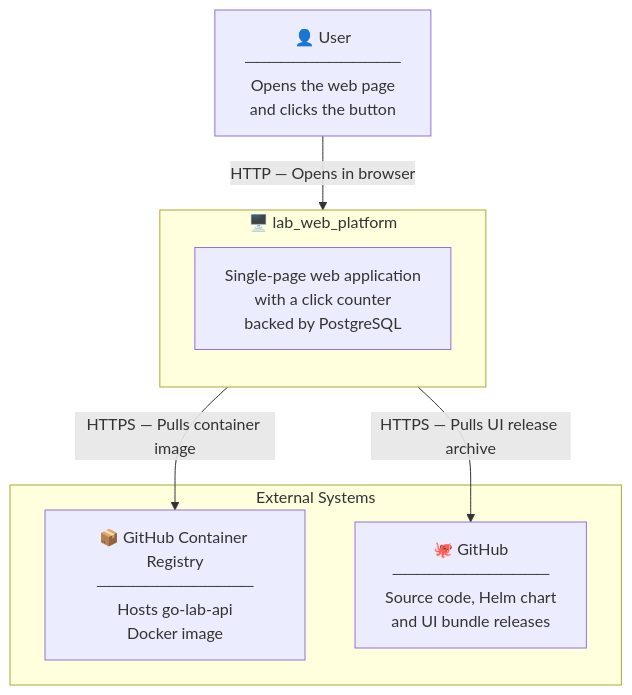
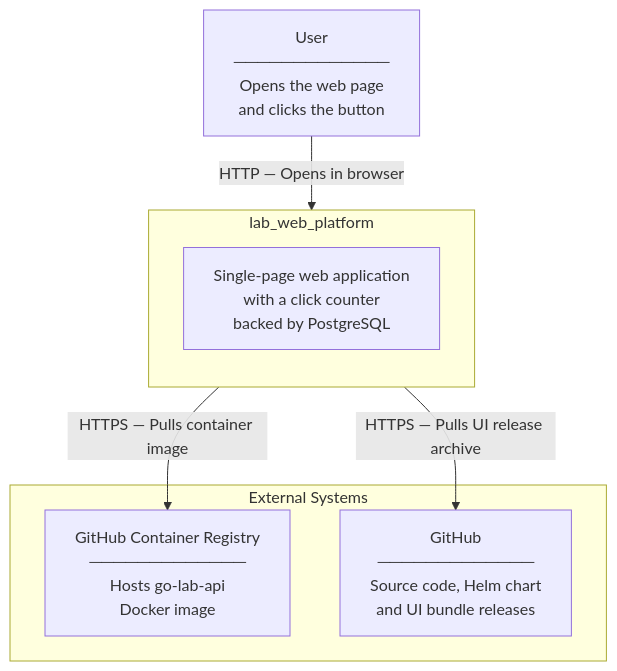
Before and after one commit to DPlaksa/lab_web_platform: the diagram in docs/architecture/diagrams/c4-context.md, drawn with Mermaid. The commit also changed 1 other file, not shown here.

Commit message:
docs: small improvements

````diff
--- a/docs/architecture/diagrams/c4-context.md
+++ b/docs/architecture/diagrams/c4-context.md
@@ -5,18 +5,18 @@
 ```mermaid
 flowchart TD
-    user["👤 User\n─────────────\nOpens the web page\nand clicks the button"]
+    user["User\n─────────────\nOpens the web page\nand clicks the button"]
 
-    subgraph platform["🖥️ lab_web_platform"]
+    subgraph platform["lab_web_platform"]
         direction TB
         app["Single-page web application\nwith a click counter\nbacked by PostgreSQL"]
     end
 
     subgraph external["External Systems"]
-        ghcr["📦 GitHub Container Registry\n─────────────\nHosts go-lab-api\nDocker image"]
-        github["🐙 GitHub\n─────────────\nSource code, Helm chart\nand UI bundle releases"]
+        ghcr["GitHub Container Registry\n─────────────\nHosts go-lab-api\nDocker image"]
+        github["GitHub\n─────────────\nSource code, Helm chart\nand UI bundle releases"]
     end
 
     user -->|"HTTP — Opens in browser"| platform
     platform -->|"HTTPS — Pulls container image"| ghcr
     platform -->|"HTTPS — Pulls UI release archive"| github
 ```
````
